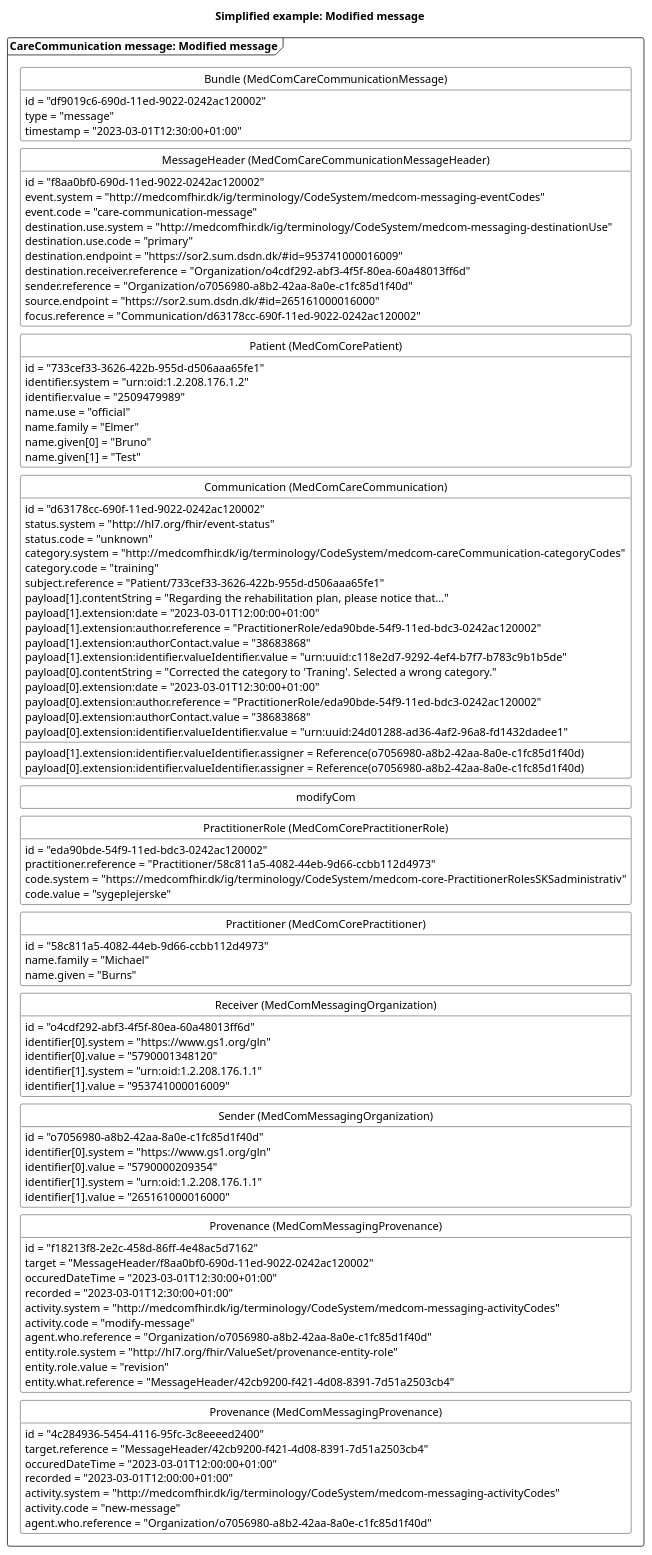
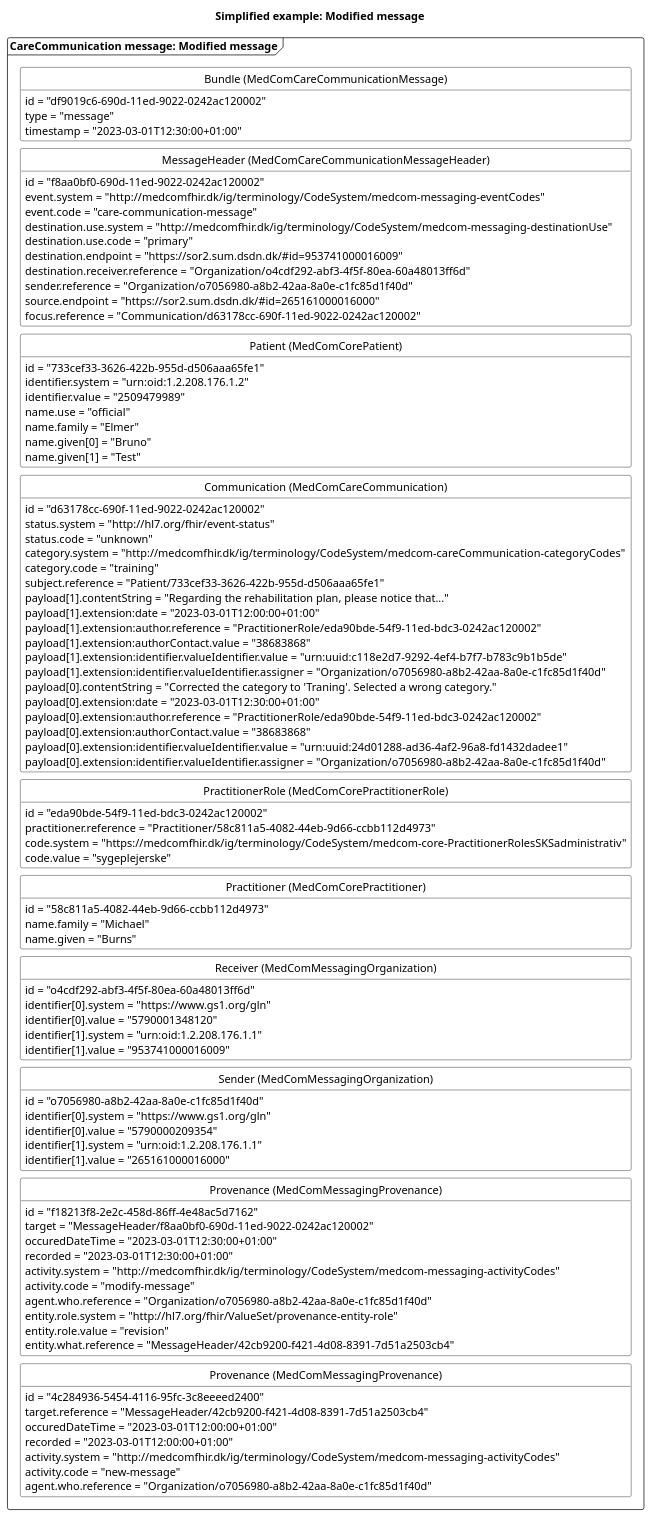
Before and after one commit to medcomdk/dk-medcom-carecommunication: the diagram in puml/CareCommunicationNewMessageModify.puml, drawn with PlantUML. The commit also changed 9 other files, not shown here.

```diff
--- a/puml/CareCommunicationNewMessageModify.puml
+++ b/puml/CareCommunicationNewMessageModify.puml
@@ -1,125 +1,124 @@
 @startuml CCmodifyMessage
 
 'layout
 skinparam class {
     BackgroundColor White
     BorderColor Black
     ArrowColor Black
   }
 hide circle
 hide empty members
 skinparam SameClassWidth true
 skinparam Ranksep 10
 
 
 'title
 title Simplified example: Modified message
 
 'Message 1: modify message
 package "CareCommunication message: Modified message" as modify <<Frame>>{
     class "Bundle (MedComCareCommunicationMessage)" as modifyB {
         id = "df9019c6-690d-11ed-9022-0242ac120002"
         type = "message"
         timestamp = "2023-03-01T12:30:00+01:00"
     }
     class "MessageHeader (MedComCareCommunicationMessageHeader)" as modifyMH{
         id = "f8aa0bf0-690d-11ed-9022-0242ac120002"
         event.system = "http://medcomfhir.dk/ig/terminology/CodeSystem/medcom-messaging-eventCodes"
         event.code = "care-communication-message"
         destination.use.system = "http://medcomfhir.dk/ig/terminology/CodeSystem/medcom-messaging-destinationUse"
         destination.use.code = "primary"
         destination.endpoint = "https://sor2.sum.dsdn.dk/#id=953741000016009"
         destination.receiver.reference = "Organization/o4cdf292-abf3-4f5f-80ea-60a48013ff6d"
         sender.reference = "Organization/o7056980-a8b2-42aa-8a0e-c1fc85d1f40d"
         source.endpoint = "https://sor2.sum.dsdn.dk/#id=265161000016000"
         focus.reference = "Communication/d63178cc-690f-11ed-9022-0242ac120002"
     }
     class "Patient (MedComCorePatient)" as modifyPT{
         id = "733cef33-3626-422b-955d-d506aaa65fe1"
         identifier.system = "urn:oid:1.2.208.176.1.2"
         identifier.value = "2509479989"
         name.use = "official"
         name.family = "Elmer"
         name.given[0] = "Bruno"
         name.given[1] = "Test"
     }
     class "Communication (MedComCareCommunication)" as newCom{
         id = "d63178cc-690f-11ed-9022-0242ac120002"
         status.system = "http://hl7.org/fhir/event-status" 
         status.code = "unknown"
         category.system = "http://medcomfhir.dk/ig/terminology/CodeSystem/medcom-careCommunication-categoryCodes"
         category.code = "training"
         subject.reference = "Patient/733cef33-3626-422b-955d-d506aaa65fe1"
         payload[1].contentString = "Regarding the rehabilitation plan, please notice that..."
         payload[1].extension:date = "2023-03-01T12:00:00+01:00"
         payload[1].extension:author.reference = "PractitionerRole/eda90bde-54f9-11ed-bdc3-0242ac120002"
         payload[1].extension:authorContact.value = "38683868"
         payload[1].extension:identifier.valueIdentifier.value = "urn:uuid:c118e2d7-9292-4ef4-b7f7-b783c9b1b5de"
-        payload[1].extension:identifier.valueIdentifier.assigner = Reference(o7056980-a8b2-42aa-8a0e-c1fc85d1f40d)
+        payload[1].extension:identifier.valueIdentifier.assigner = "Organization/o7056980-a8b2-42aa-8a0e-c1fc85d1f40d"
         payload[0].contentString = "Corrected the category to 'Traning'. Selected a wrong category."
         payload[0].extension:date = "2023-03-01T12:30:00+01:00"
         payload[0].extension:author.reference = "PractitionerRole/eda90bde-54f9-11ed-bdc3-0242ac120002"
         payload[0].extension:authorContact.value = "38683868"
         payload[0].extension:identifier.valueIdentifier.value = "urn:uuid:24d01288-ad36-4af2-96a8-fd1432dadee1"
-        payload[0].extension:identifier.valueIdentifier.assigner = Reference(o7056980-a8b2-42aa-8a0e-c1fc85d1f40d)
+        payload[0].extension:identifier.valueIdentifier.assigner = "Organization/o7056980-a8b2-42aa-8a0e-c1fc85d1f40d"
     }
     class "PractitionerRole (MedComCorePractitionerRole)" as modifyPracR{
         id = "eda90bde-54f9-11ed-bdc3-0242ac120002"
         practitioner.reference = "Practitioner/58c811a5-4082-44eb-9d66-ccbb112d4973"
         code.system = "https://medcomfhir.dk/ig/terminology/CodeSystem/medcom-core-PractitionerRolesSKSadministrativ"
         code.value = "sygeplejerske"
     }
     class "Practitioner (MedComCorePractitioner)" as modifyPrac{
         id = "58c811a5-4082-44eb-9d66-ccbb112d4973"
         name.family = "Michael"
         name.given = "Burns"
     }
     class "Receiver (MedComMessagingOrganization)" as modifyROrg{
         id = "o4cdf292-abf3-4f5f-80ea-60a48013ff6d"
         identifier[0].system = "https://www.gs1.org/gln"
         identifier[0].value = "5790001348120"
         identifier[1].system = "urn:oid:1.2.208.176.1.1"
         identifier[1].value = "953741000016009"
     }
     class "Sender (MedComMessagingOrganization)" as modifySOrg{
         id = "o7056980-a8b2-42aa-8a0e-c1fc85d1f40d"
         identifier[0].system = "https://www.gs1.org/gln"
         identifier[0].value = "5790000209354"
         identifier[1].system = "urn:oid:1.2.208.176.1.1"
         identifier[1].value = "265161000016000"
     }
     class "Provenance (MedComMessagingProvenance)" as modifyPRO{
         id = "f18213f8-2e2c-458d-86ff-4e48ac5d7162"
         target = "MessageHeader/f8aa0bf0-690d-11ed-9022-0242ac120002"
         occuredDateTime = "2023-03-01T12:30:00+01:00"
         recorded = "2023-03-01T12:30:00+01:00"
         activity.system = "http://medcomfhir.dk/ig/terminology/CodeSystem/medcom-messaging-activityCodes"
         activity.code = "modify-message"
         agent.who.reference = "Organization/o7056980-a8b2-42aa-8a0e-c1fc85d1f40d"
         entity.role.system = "http://hl7.org/fhir/ValueSet/provenance-entity-role"
         entity.role.value = "revision"
         entity.what.reference = "MessageHeader/42cb9200-f421-4d08-8391-7d51a2503cb4"
     }
     class "Provenance (MedComMessagingProvenance)" as newPRO{
         id = "4c284936-5454-4116-95fc-3c8eeeed2400"
         target.reference = "MessageHeader/42cb9200-f421-4d08-8391-7d51a2503cb4"
         occuredDateTime = "2023-03-01T12:00:00+01:00"
         recorded = "2023-03-01T12:00:00+01:00"
         activity.system = "http://medcomfhir.dk/ig/terminology/CodeSystem/medcom-messaging-activityCodes"
         activity.code = "new-message"
         agent.who.reference = "Organization/o7056980-a8b2-42aa-8a0e-c1fc85d1f40d"
     }
 
 modifyB -[hidden]- modifyMH
 modifyMH -[hidden]-modifyPT
 modifyPT-[hidden]-newCom
-newCom-[hidden]-modifyCom
-modifyCom -[hidden]-modifyPracR
+newCom-[hidden]-modifyPracR
 modifyPracR-[hidden]-modifyPrac
 modifyPrac-[hidden]-modifyROrg
 modifyROrg-[hidden]- modifySOrg
 modifySOrg-[hidden]-modifyPRO
 modifyPRO-[hidden]-newPRO
 
 
 @enduml
```
